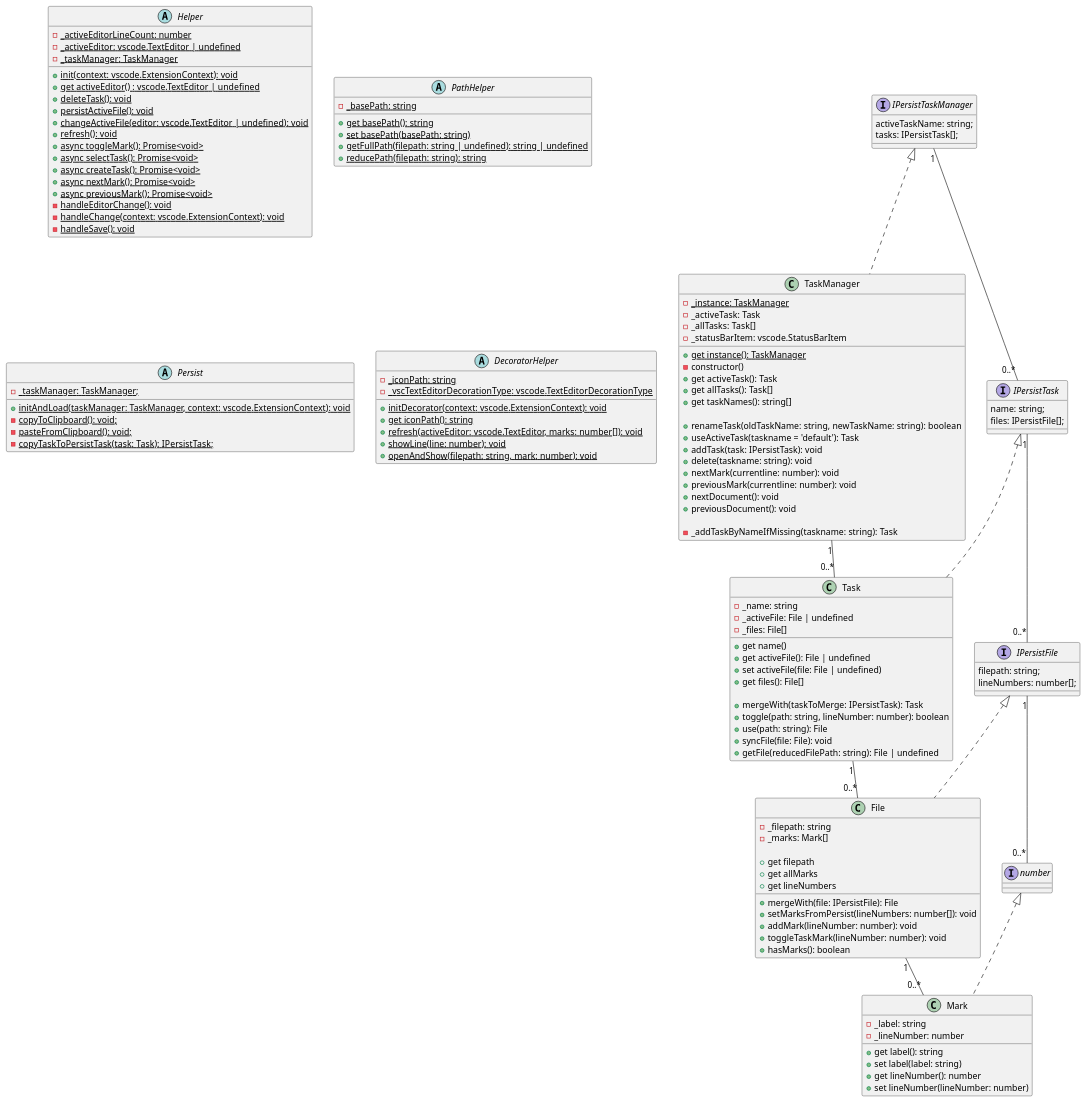
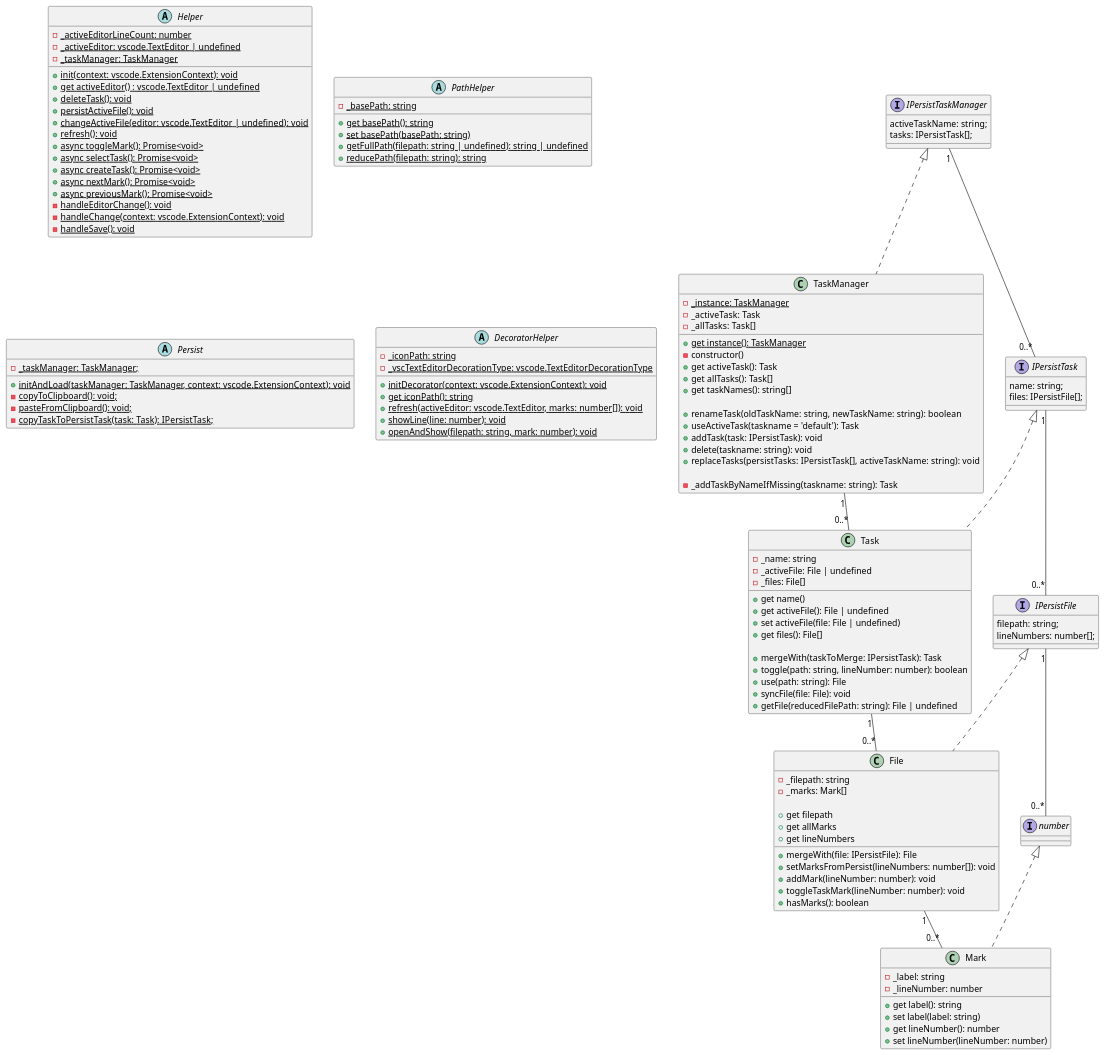
Before and after one commit to norbertK/taskmarks: the diagram in docu/inMemory.puml, drawn with PlantUML. The commit also changed 14 other files, not shown here.

```diff
--- a/docu/inMemory.puml
+++ b/docu/inMemory.puml
@@ -2,147 +2,143 @@
 @startuml
 
 class TaskManager {
     -{static}_instance: TaskManager
     +{static}get instance(): TaskManager
     -constructor()
     -_activeTask: Task
     -_allTasks: Task[]
-    -_statusBarItem: vscode.StatusBarItem
 
     +get activeTask(): Task
     +get allTasks(): Task[]
     +get taskNames(): string[]
 
     +renameTask(oldTaskName: string, newTaskName: string): boolean
     +useActiveTask(taskname = 'default'): Task
     +addTask(task: IPersistTask): void
     +delete(taskname: string): void
-    +nextMark(currentline: number): void
-    +previousMark(currentline: number): void
-    +nextDocument(): void
-    +previousDocument(): void
+    +replaceTasks(persistTasks: IPersistTask[], activeTaskName: string): void
 
     -_addTaskByNameIfMissing(taskname: string): Task
 }
 
 class Task {
  -_name: string
  -_activeFile: File | undefined
  -_files: File[]
 
  +get name()
  +get activeFile(): File | undefined
  +set activeFile(file: File | undefined)
  +get files(): File[]
 
  +mergeWith(taskToMerge: IPersistTask): Task
  +toggle(path: string, lineNumber: number): boolean
  +use(path: string): File
  +syncFile(file: File): void
  +getFile(reducedFilePath: string): File | undefined
 }
 
 class File {
  -_filepath: string
  -_marks: Mark[]
 
  +get filepath
  +get allMarks
  +get lineNumbers
 
  +mergeWith(file: IPersistFile): File
  +setMarksFromPersist(lineNumbers: number[]): void
  +addMark(lineNumber: number): void
  +toggleTaskMark(lineNumber: number): void
  +hasMarks(): boolean
 }
 
 class Mark {
  -_label: string
  -_lineNumber: number
 
  +get label(): string
  +set label(label: string)
  +get lineNumber(): number
  +set lineNumber(lineNumber: number)
 }
 
 TaskManager "1" -- "0..*" Task
 Task "1" -- "0..*" File
 File "1" -- "0..*" Mark
 
 
 interface IPersistTaskManager {
   activeTaskName: string;
   tasks: IPersistTask[];
 }
 
 interface IPersistTask {
   name: string;
   files: IPersistFile[];
 }
 
 interface IPersistFile {
   filepath: string;
   lineNumbers: number[];
 }
 interface number {
 }
 
 IPersistTaskManager "1" -- "0..*" IPersistTask
 IPersistTask "1" -- "0..*" IPersistFile
 IPersistFile "1" -- "0..*" number
 
 
 IPersistTaskManager <|.. TaskManager
 IPersistTask <|.. Task
 IPersistFile <|.. File
 number <|.. Mark
 
 abstract class Helper{
     -{static}_activeEditorLineCount: number
     -{static}_activeEditor: vscode.TextEditor | undefined
     -{static}_taskManager: TaskManager
     +{static}init(context: vscode.ExtensionContext): void
     +{static}get activeEditor() : vscode.TextEditor | undefined
     +{static}deleteTask(): void
     +{static}persistActiveFile(): void
     +{static}changeActiveFile(editor: vscode.TextEditor | undefined): void
     +{static}refresh(): void
     +{static}async toggleMark(): Promise<void>
     +{static}async selectTask(): Promise<void>
     +{static}async createTask(): Promise<void>
     +{static}async nextMark(): Promise<void>
     +{static}async previousMark(): Promise<void>
     -{static}handleEditorChange(): void
     -{static}handleChange(context: vscode.ExtensionContext): void
     -{static}handleSave(): void
 }
 
 abstract class PathHelper{
     -{static}_basePath: string
     +{static}get basePath(): string
     +{static}set basePath(basePath: string)
     +{static}getFullPath(filepath: string | undefined): string | undefined
     +{static}reducePath(filepath: string): string
 }
 
 abstract class Persist{
     -{static}_taskManager: TaskManager;
     +{static}initAndLoad(taskManager: TaskManager, context: vscode.ExtensionContext): void
     -{static}copyToClipboard(): void;
     -{static}pasteFromClipboard(): void;
     -{static}copyTaskToPersistTask(task: Task): IPersistTask;
 }
 
 abstract class DecoratorHelper{
     -{static}_iconPath: string
     -{static}_vscTextEditorDecorationType: vscode.TextEditorDecorationType
     +{static}initDecorator(context: vscode.ExtensionContext): void
     +{static}get iconPath(): string
     +{static}refresh(activeEditor: vscode.TextEditor, marks: number[]): void
     +{static}showLine(line: number): void
     +{static}openAndShow(filepath: string, mark: number): void
 }
 
 @enduml
```
